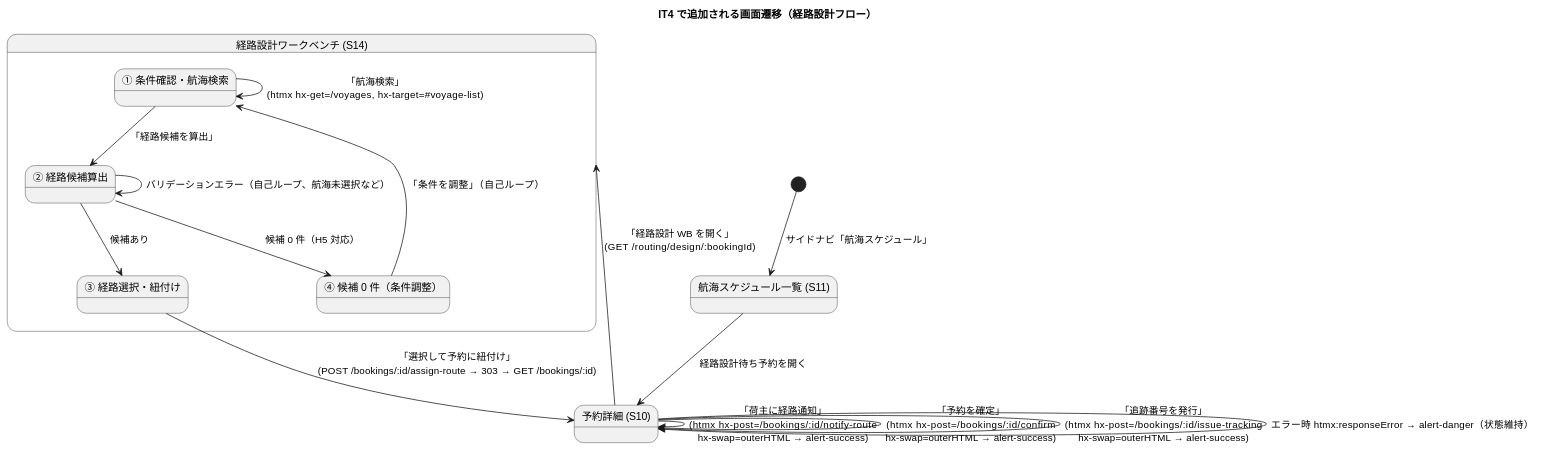
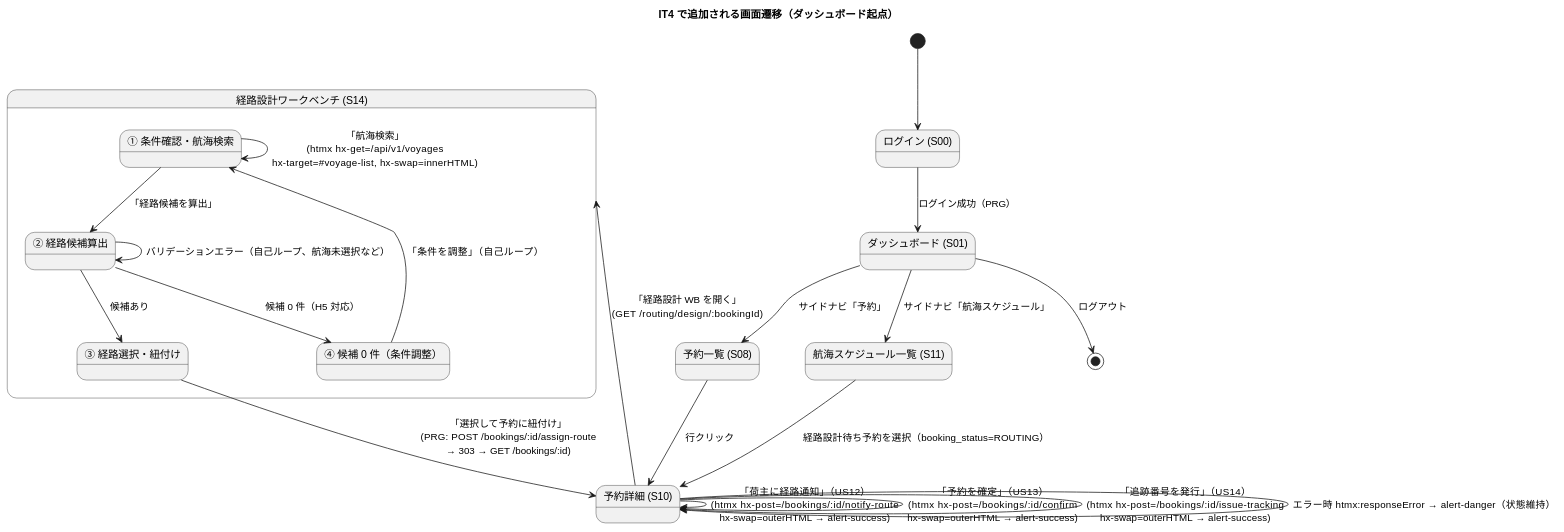
Before and after one commit to k2works/case-study-cargo-tracker: the eighth of 8 diagrams in docs/development/iteration_plan-4.md, drawn with PlantUML. The commit also changed other lines of this file, not shown here.

Commit message:
docs(it4): インタラクション遷移図をダッシュボード起点に修正
S00(ログイン)→S01(ダッシュボード)を起点に、経路設計者・営業担当者の
2 ロール別シナリオを明示。IT3 の遷移図と同じ構成に統一。

````diff
--- a/docs/development/iteration_plan-4.md
+++ b/docs/development/iteration_plan-4.md
@@ -701,31 +701,45 @@
 ```plantuml
 @startuml
-title IT4 で追加される画面遷移（経路設計フロー）
+title IT4 で追加される画面遷移（ダッシュボード起点）
 
+state "ログイン (S00)" as S00
+state "ダッシュボード (S01)" as S01
+state "予約一覧 (S08)" as S08
+state "予約詳細 (S10)" as S10
 state "航海スケジュール一覧 (S11)" as S11
-state "予約詳細 (S10)" as S10
 state "経路設計ワークベンチ (S14)" as S14 {
   state "① 条件確認・航海検索" as S14_SEARCH
   state "② 経路候補算出" as S14_CALC
   state "③ 経路選択・紐付け" as S14_ASSIGN
   state "④ 候補 0 件（条件調整）" as S14_ADJUST
   S14_SEARCH --> S14_CALC : 「経路候補を算出」
   S14_CALC --> S14_ASSIGN : 候補あり
   S14_CALC --> S14_ADJUST : 候補 0 件（H5 対応）
   S14_ADJUST --> S14_SEARCH : 「条件を調整」（自己ループ）
 }
 
-[*] --> S11 : サイドナビ「航海スケジュール」
-S11 --> S10 : 経路設計待ち予約を開く
+[*] --> S00
+S00 --> S01 : ログイン成功（PRG）
+
+' --- ダッシュボードからのナビゲーション ---
+S01 --> S08 : サイドナビ「予約」
+S01 --> S11 : サイドナビ「航海スケジュール」
+
+' --- 経路設計者: 航海スケジュール一覧 → 経路設計 WB （US08〜US11）---
+S11 --> S10 : 経路設計待ち予約を選択（booking_status=ROUTING）
 S10 --> S14 : 「経路設計 WB を開く」\n(GET /routing/design/:bookingId)
-S14_ASSIGN --> S10 : 「選択して予約に紐付け」\n(POST /bookings/:id/assign-route → 303 → GET /bookings/:id)
+S14_SEARCH --> S14_SEARCH : 「航海検索」\n(htmx hx-get=/api/v1/voyages\nhx-target=#voyage-list, hx-swap=innerHTML)
+S14_CALC --> S14_CALC : バリデーションエラー（自己ループ、航海未選択など）
+S14_ASSIGN --> S10 : 「選択して予約に紐付け」\n(PRG: POST /bookings/:id/assign-route\n→ 303 → GET /bookings/:id)
 
-S10 --> S10 : 「荷主に経路通知」\n(htmx hx-post=/bookings/:id/notify-route\nhx-swap=outerHTML → alert-success)
-S10 --> S10 : 「予約を確定」\n(htmx hx-post=/bookings/:id/confirm\nhx-swap=outerHTML → alert-success)
-S10 --> S10 : 「追跡番号を発行」\n(htmx hx-post=/bookings/:id/issue-tracking\nhx-swap=outerHTML → alert-success)
+' --- 営業担当者: 予約一覧 → 予約詳細（US12〜US14）---
+S08 --> S10 : 行クリック
+S10 --> S10 : 「荷主に経路通知」（US12）\n(htmx hx-post=/bookings/:id/notify-route\nhx-swap=outerHTML → alert-success)
+S10 --> S10 : 「予約を確定」（US13）\n(htmx hx-post=/bookings/:id/confirm\nhx-swap=outerHTML → alert-success)
+S10 --> S10 : 「追跡番号を発行」（US14）\n(htmx hx-post=/bookings/:id/issue-tracking\nhx-swap=outerHTML → alert-success)
 S10 --> S10 : エラー時 htmx:responseError → alert-danger（状態維持）
 
-S14_SEARCH --> S14_SEARCH : 「航海検索」\n(htmx hx-get=/voyages, hx-target=#voyage-list)
-S14_CALC --> S14_CALC : バリデーションエラー（自己ループ、航海未選択など）
+' --- ログアウト ---
+S01 --> [*] : ログアウト
 @enduml
 ```
````
